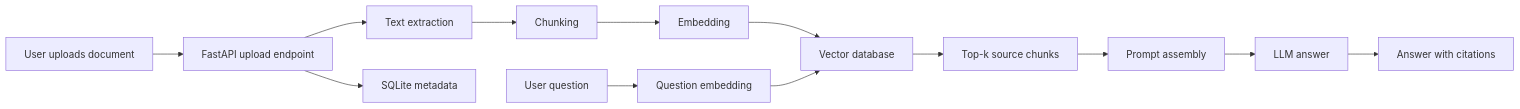
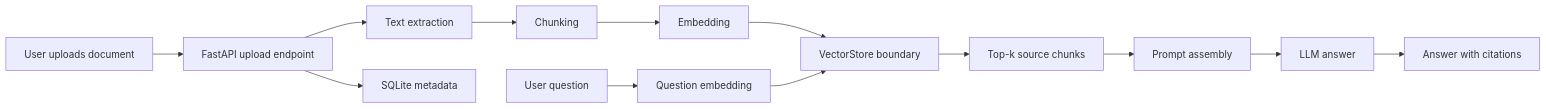
One commit to yangmingzhou-restart/personal-knowledge-rag-assistant changed the diagram in SPEC.md. Above: the diagram before and after it, drawn with Mermaid. The commit also changed other lines of this file and 10 other files, not shown here.

````diff
--- a/SPEC.md
+++ b/SPEC.md
@@ -34,15 +36,15 @@
 ```mermaid
 flowchart LR
     A["User uploads document"] --> B["FastAPI upload endpoint"]
     B --> C["Text extraction"]
     C --> D["Chunking"]
     D --> E["Embedding"]
-    E --> F["Vector database"]
+    E --> F["VectorStore boundary"]
     B --> G["SQLite metadata"]
     H["User question"] --> I["Question embedding"]
     I --> F
     F --> J["Top-k source chunks"]
     J --> K["Prompt assembly"]
     K --> L["LLM answer"]
     L --> M["Answer with citations"]
 ```
````
